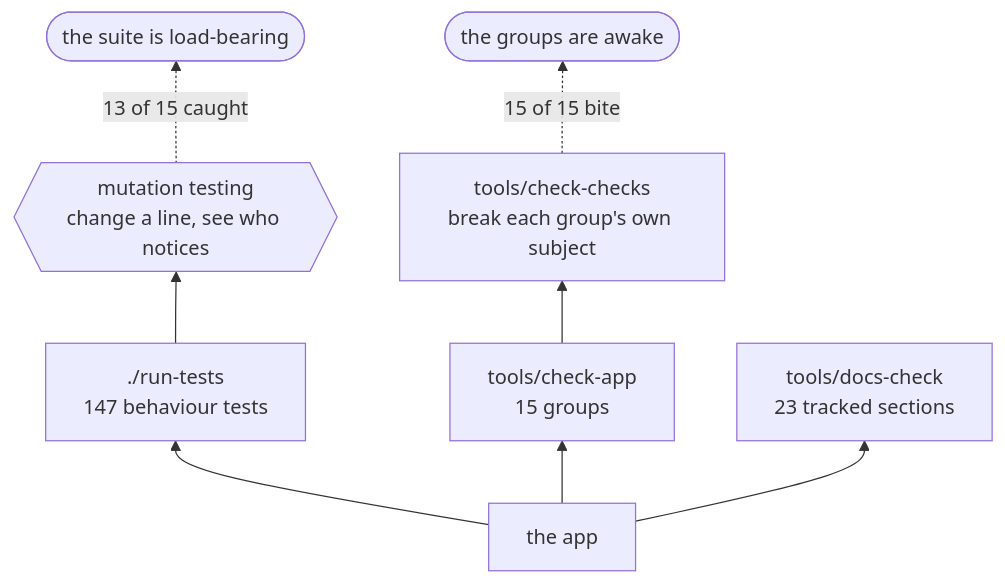
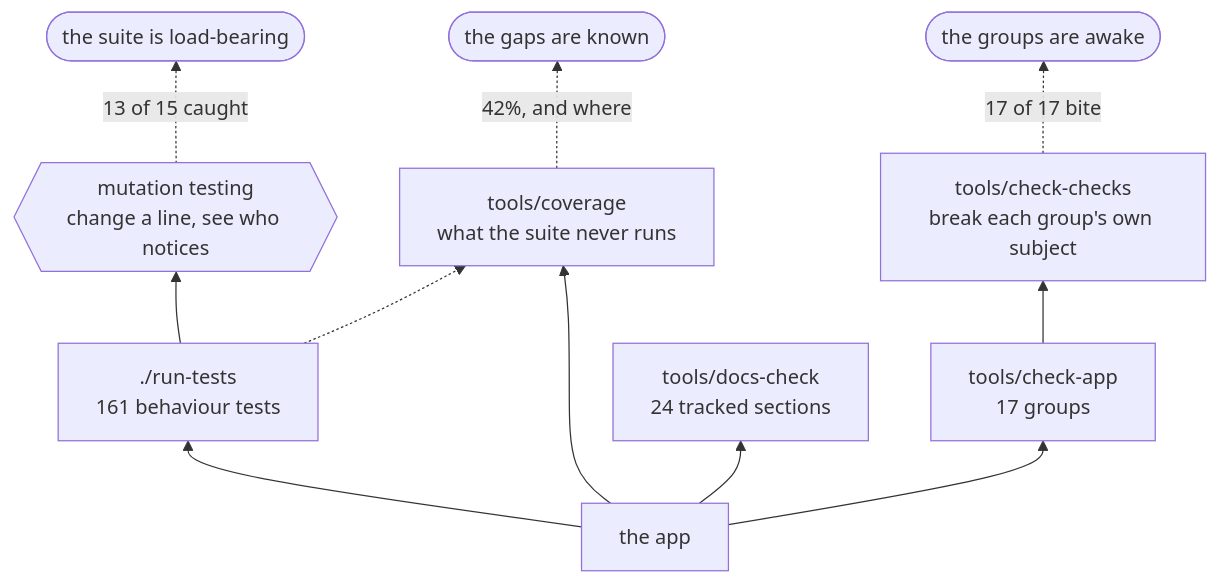
The second of 2 diagrams in docs/DEVELOPING.md (minormending/crystal-pilot-mobile), drawn with Mermaid before and after one commit. The commit also changed other lines of this file and 1 other file, not shown here.

````diff
--- a/docs/DEVELOPING.md
+++ b/docs/DEVELOPING.md
@@ -118,10 +118,13 @@
 ```mermaid
 flowchart BT
-    C["the app"] --> T["./run-tests<br/>147 behaviour tests"]
-    C --> A["tools/check-app<br/>15 groups"]
-    C --> D["tools/docs-check<br/>23 tracked sections"]
+    C["the app"] --> T["./run-tests<br/>161 behaviour tests"]
+    C --> A["tools/check-app<br/>17 groups"]
+    C --> D["tools/docs-check<br/>24 tracked sections"]
+    C --> V["tools/coverage<br/>what the suite never runs"]
     T --> M{{"mutation testing<br/>change a line, see who notices"}}
     A --> K["tools/check-checks<br/>break each group's own subject"]
+    T -.-> V
     M -.->|"13 of 15 caught"| R(["the suite is load-bearing"])
-    K -.->|"15 of 15 bite"| R2(["the groups are awake"])
+    K -.->|"17 of 17 bite"| R2(["the groups are awake"])
+    V -.->|"42%, and where"| R3(["the gaps are known"])
 ```
````
